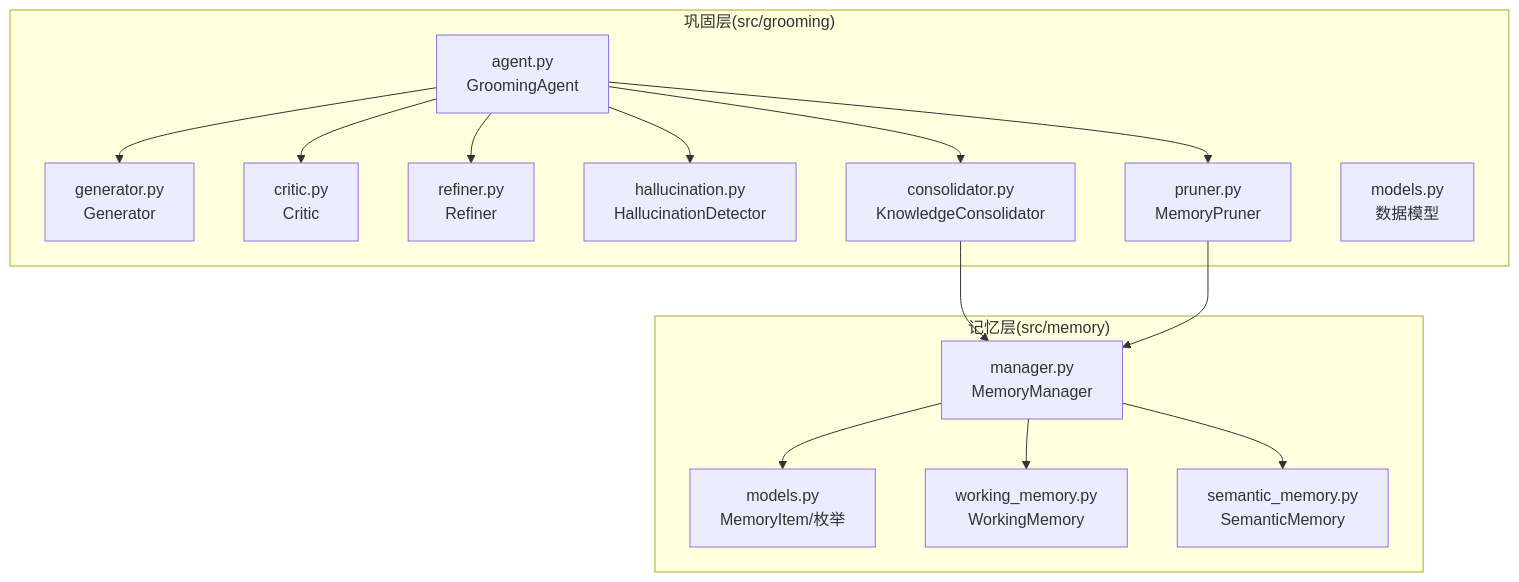
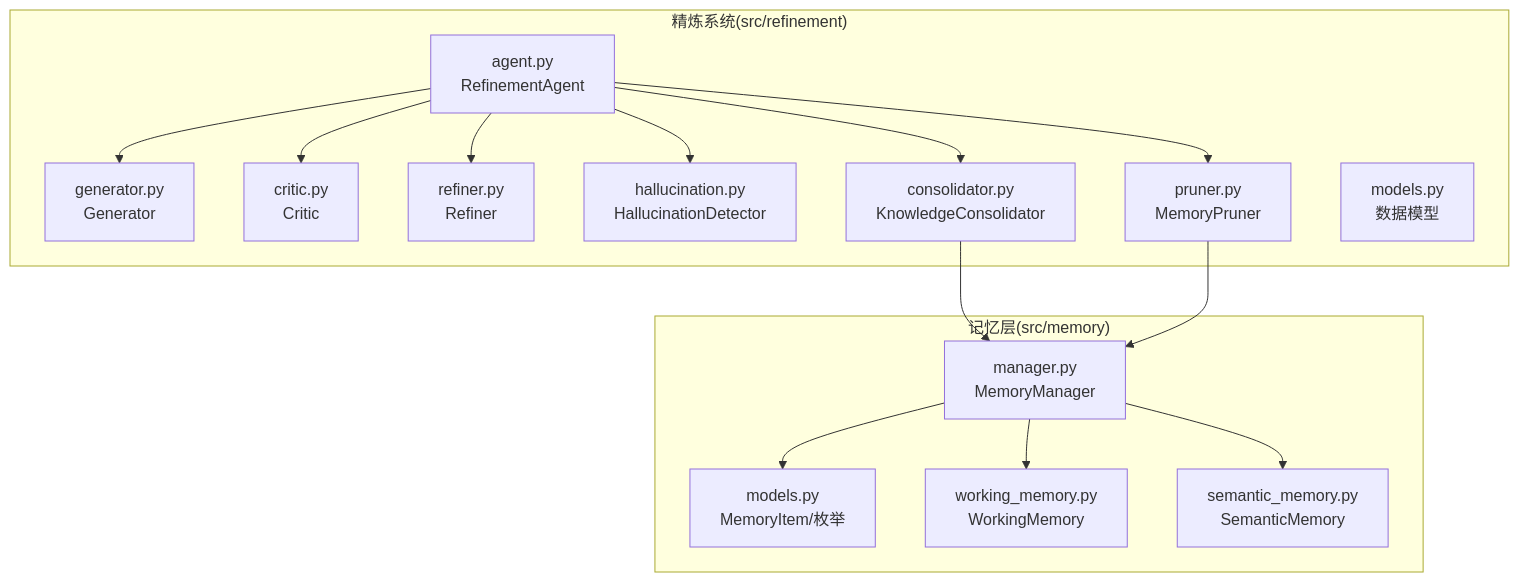
One commit to JieGaoPrinceton/NecoRAG changed the first of 11 diagrams in .qoder/repowiki/zh/content/核心模块详解/Grooming Agent - 巩固层/Grooming Agent - 巩固层.md. Above: the diagram before and after it, drawn with Mermaid. The commit also changed other lines of this file and 23 other files, not shown here.

````diff
--- a/.qoder/repowiki/zh/content/核心模块详解/Grooming Agent - 巩固层/Grooming Agent - 巩固层.md
+++ b/.qoder/repowiki/zh/content/核心模块详解/Grooming Agent - 巩固层/Grooming Agent - 巩固层.md
@@ -55,30 +57,30 @@
 ```mermaid
 graph TB
-subgraph "巩固层(src/grooming)"
-A["agent.py<br/>GroomingAgent"]
+subgraph "精炼系统(src/refinement)"
+A["agent.py<br/>RefinementAgent"]
 B["generator.py<br/>Generator"]
 C["critic.py<br/>Critic"]
 D["refiner.py<br/>Refiner"]
 E["hallucination.py<br/>HallucinationDetector"]
 F["consolidator.py<br/>KnowledgeConsolidator"]
 G["pruner.py<br/>MemoryPruner"]
 H["models.py<br/>数据模型"]
 end
 subgraph "记忆层(src/memory)"
 M1["manager.py<br/>MemoryManager"]
 M2["models.py<br/>MemoryItem/枚举"]
 M3["working_memory.py<br/>WorkingMemory"]
 M4["semantic_memory.py<br/>SemanticMemory"]
 end
 A --> B
 A --> C
 A --> D
 A --> E
 A --> F
 A --> G
 F --> M1
 G --> M1
 M1 --> M2
 M1 --> M3
 M1 --> M4
 ```
````
